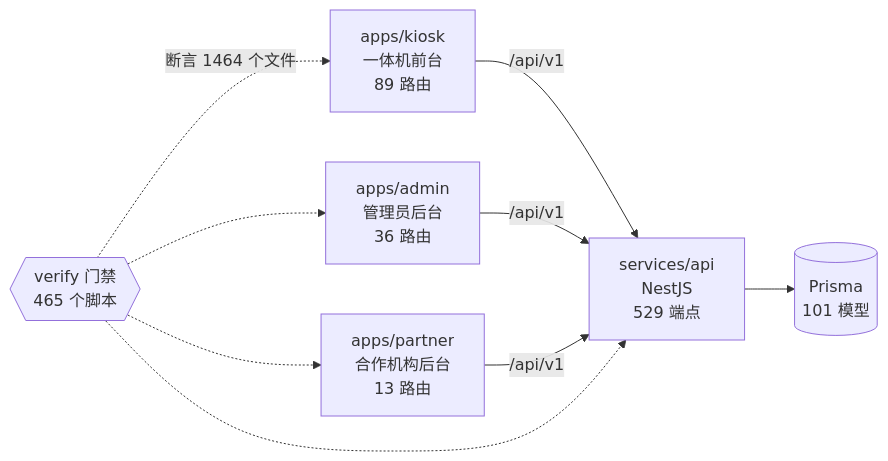
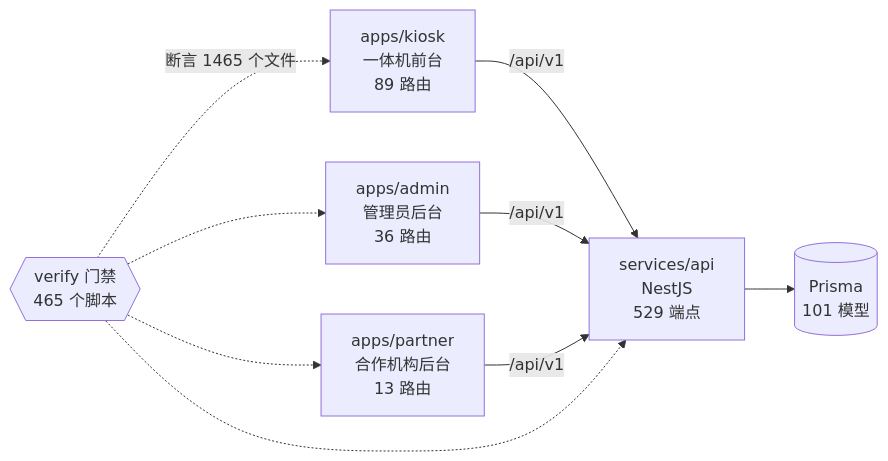
Before and after one commit to wanglei581/YITIJI: the diagram in docs/graph/README.md, drawn with Mermaid. The commit also changed other lines of this file and 12 other files, not shown here.

````diff
--- a/docs/graph/README.md
+++ b/docs/graph/README.md
@@ -68,18 +68,18 @@
 ```mermaid
 flowchart LR
   kiosk["apps/kiosk<br/>一体机前台<br/>89 路由"]
   admin["apps/admin<br/>管理员后台<br/>36 路由"]
   partner["apps/partner<br/>合作机构后台<br/>13 路由"]
   api["services/api<br/>NestJS<br/>529 端点"]
   db[("Prisma<br/>101 模型")]
   gates{{"verify 门禁<br/>465 个脚本"}}
 
   kiosk -->|"/api/v1"| api
   admin -->|"/api/v1"| api
   partner -->|"/api/v1"| api
   api --> db
-  gates -.->|"断言 1464 个文件"| kiosk
+  gates -.->|"断言 1465 个文件"| kiosk
   gates -.-> admin
   gates -.-> partner
   gates -.-> api
 ```
````
